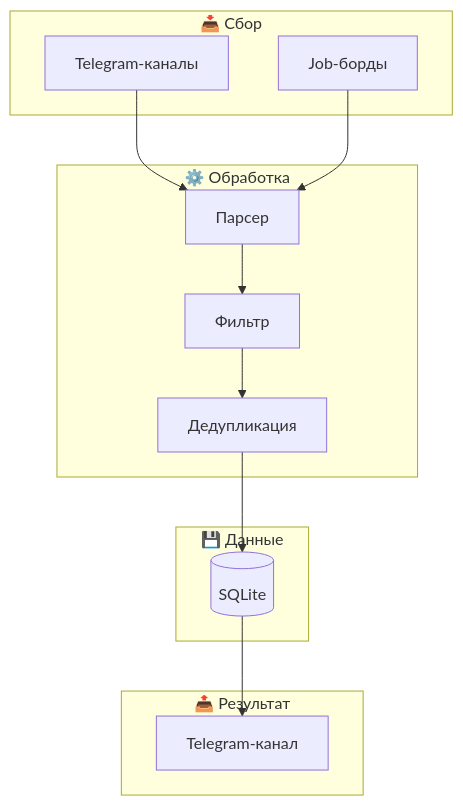
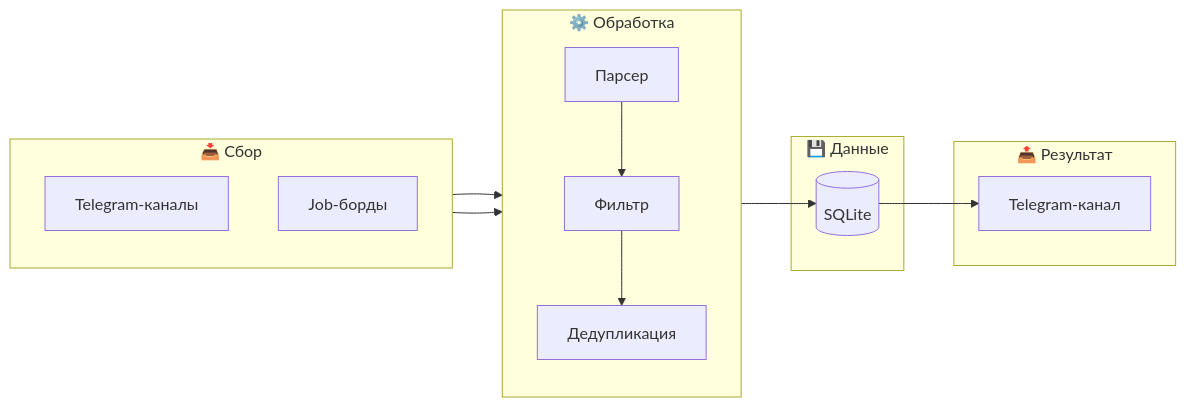
The diagram in README.md (sonyfrid/job-aggregator-showcase), drawn with Mermaid before and after one commit. The commit also changed other lines of this file, not shown here.

````diff
--- a/README.md
+++ b/README.md
@@ -26,28 +26,28 @@
 ```mermaid
-flowchart TD
+flowchart LR
     subgraph INPUT["📥 Сбор"]
+        direction TB
         TG[Telegram-каналы]
         JB[Job-борды]
     end
     
     subgraph PROCESS["⚙️ Обработка"]
+        direction TB
         P1[Парсер]
         P2[Фильтр]
         P3[Дедупликация]
     end
     
     subgraph DATA["💾 Данные"]
         DB[(SQLite)]
     end
     
     subgraph OUTPUT["📤 Результат"]
         CH[Telegram-канал]
     end
     
     TG --> P1
     JB --> P1
-    P1 --> P2
-    P2 --> P3
-    P3 --> DB
-    DB --> CH
+    P1 --> P2 --> P3
+    P3 --> DB --> CH
 ```
````
